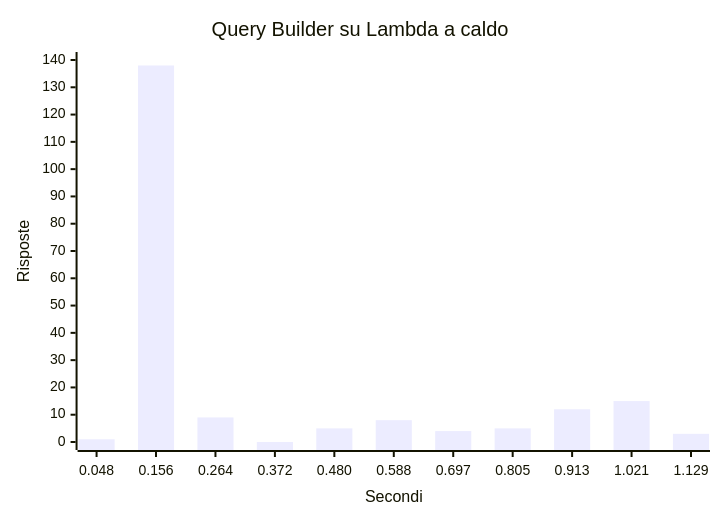
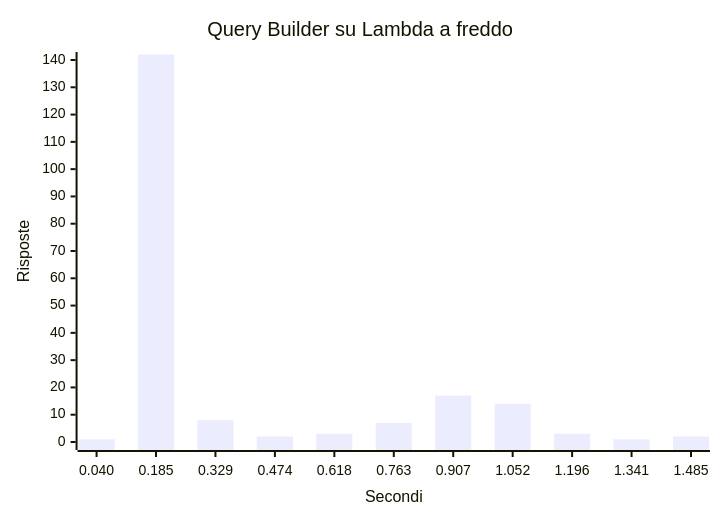
The sixth of 9 diagrams in 3-soluzioni_di_design.md (iacobucci/tesi-triennale), drawn with Mermaid before and after one commit. The commit also changed other lines of this file and 4 other files, not shown here.

````diff
--- a/3-soluzioni_di_design.md
+++ b/3-soluzioni_di_design.md
@@ -367,7 +432,7 @@
 ```mermaid {height=4cm}
 xychart-beta
-    title "Query Builder su Lambda a caldo"
-	x-axis "Secondi" [ 0.048, 0.156, 0.264, 0.372, 0.480, 0.588, 0.697, 0.805, 0.913, 1.021, 1.129 ]
+    title "Query Builder su Lambda a freddo"
+	x-axis "Secondi" [ 0.040, 0.185, 0.329, 0.474, 0.618, 0.763, 0.907, 1.052, 1.196, 1.341, 1.485 ]
     y-axis "Risposte" 0 --> 140
-    bar [ 1, 138, 9, 0, 5, 8, 4, 5, 12, 15, 3 ]
+    bar [ 1, 142, 8, 2, 3, 7, 17, 14, 3, 1, 2 ]
 ```
````
